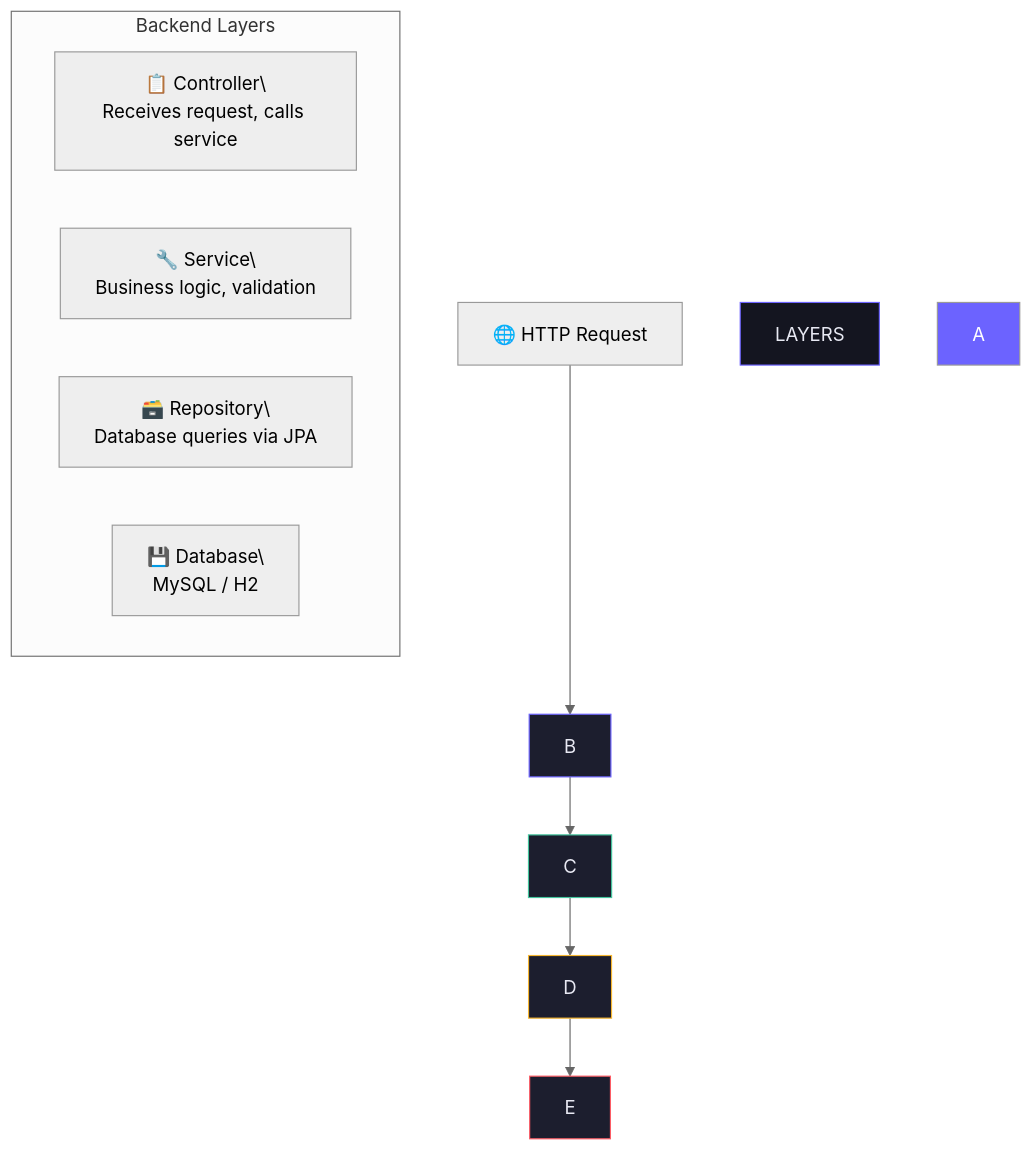
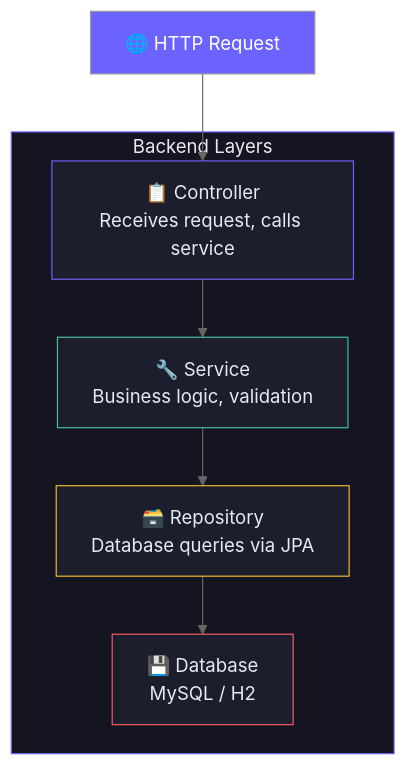
Before and after one commit to Sohamb-Artiset/VolunteerConnect: the second of 6 diagrams in StudyFlow_Documentation.md, drawn with Mermaid (neutral theme). The commit also changed other lines of this file, not shown here.

````diff
--- a/StudyFlow_Documentation.md
+++ b/StudyFlow_Documentation.md
@@ -297,22 +296,22 @@
 ```mermaid
 flowchart TD
-    A\["🌐 HTTP Request"] --> B
+    A["🌐 HTTP Request"] --> B
 
-    subgraph LAYERS\["Backend Layers"]
-        B\["📋 Controller\\nReceives request, calls service"]
-        C\["🔧 Service\\nBusiness logic, validation"]
-        D\["🗃️ Repository\\nDatabase queries via JPA"]
-        E\["💾 Database\\nMySQL / H2"]
+    subgraph LAYERS["Backend Layers"]
+        B["📋 Controller\nReceives request, calls service"]
+        C["🔧 Service\nBusiness logic, validation"]
+        D["🗃️ Repository\nDatabase queries via JPA"]
+        E["💾 Database\nMySQL / H2"]
     end
 
     B --> C
     C --> D
     D --> E
 
     style LAYERS fill:#141520,stroke:#6C63FF,color:#E8E9F3
     style A fill:#6C63FF,color:#fff
     style B fill:#1C1E2E,stroke:#6C63FF,color:#E8E9F3
     style C fill:#1C1E2E,stroke:#43C59E,color:#E8E9F3
     style D fill:#1C1E2E,stroke:#F7B731,color:#E8E9F3
     style E fill:#1C1E2E,stroke:#FC5C65,color:#E8E9F3
 ```
````
